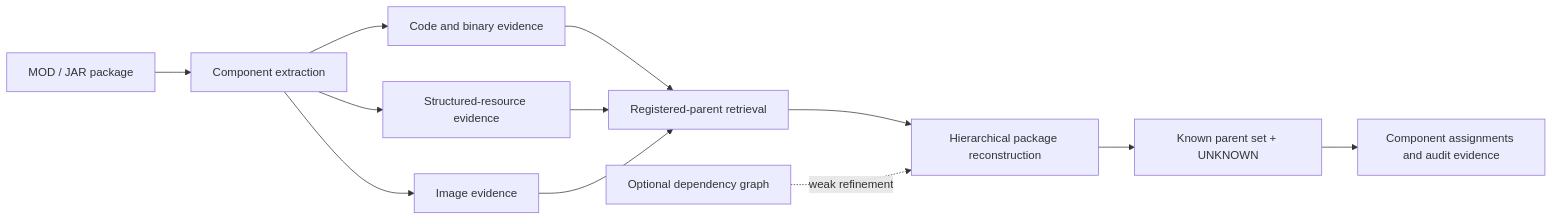
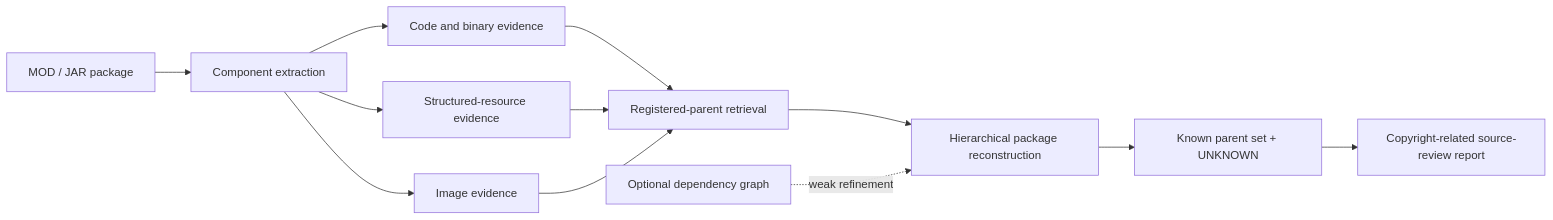
Before and after one commit to YSL-RyuDo/mod-provenance-research: the first of 3 diagrams in README.md, drawn with Mermaid. The commit also changed other lines of this file and 24 other files, not shown here.

Commit message:
docs: align repository with copyright-related manuscript framing

````diff
--- a/README.md
+++ b/README.md
@@ -26,14 +26,14 @@
 ```mermaid
 flowchart LR
     A[MOD / JAR package] --> B[Component extraction]
     B --> C1[Code and binary evidence]
     B --> C2[Structured-resource evidence]
     B --> C3[Image evidence]
     C1 --> D[Registered-parent retrieval]
     C2 --> D
     C3 --> D
     D --> E[Hierarchical package reconstruction]
     G[Optional dependency graph] -. weak refinement .-> E
     E --> F[Known parent set + UNKNOWN]
-    F --> H[Component assignments and audit evidence]
+    F --> H[Copyright-related source-review report]
 ```
````
